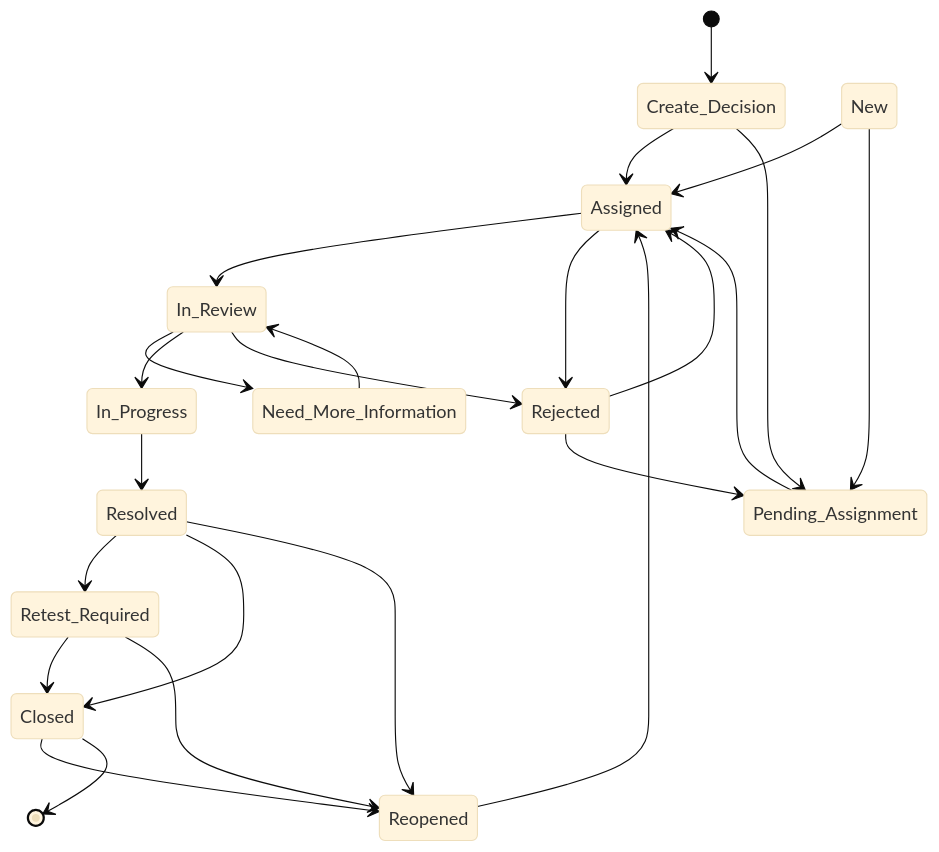
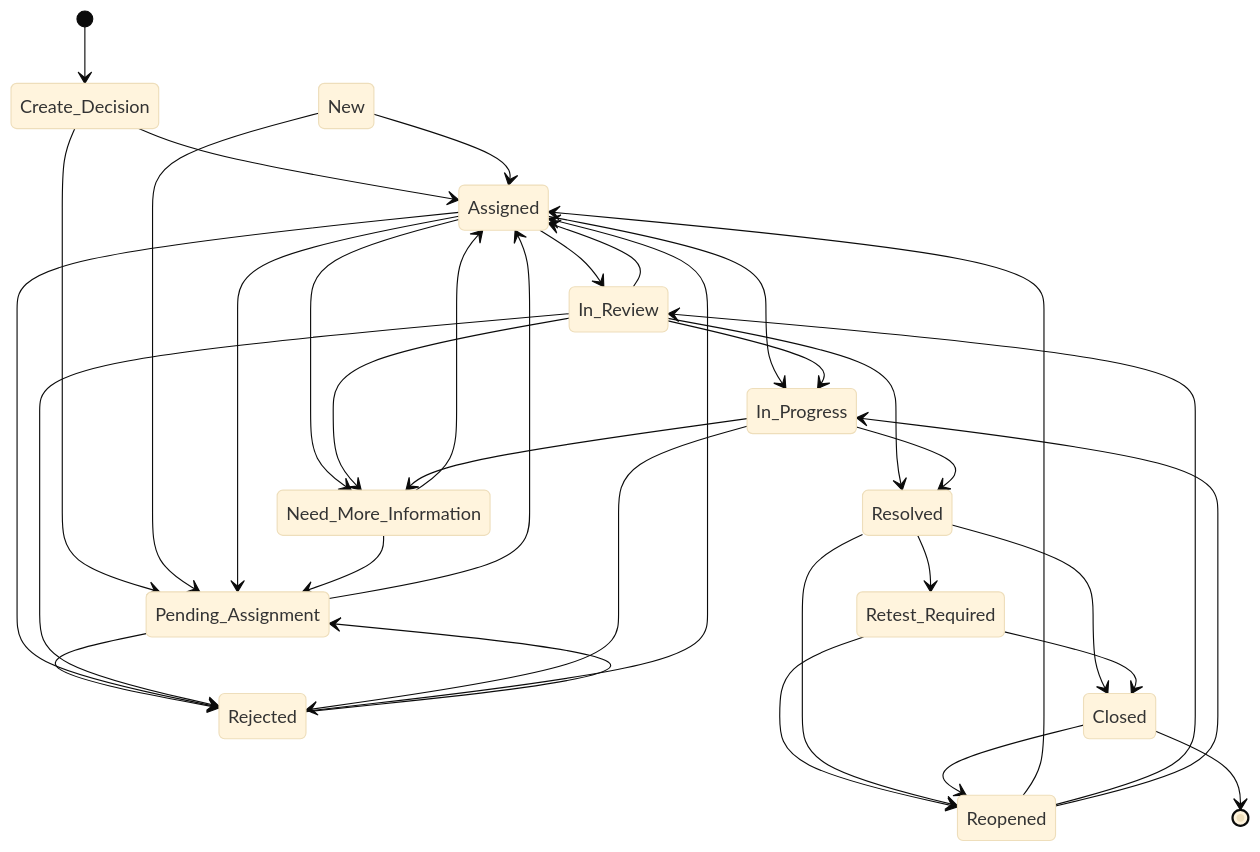
The third of 8 diagrams in docs/diagrams/08-frs-functional-workflows.md (DarwinDO/IDTS-SAP01), drawn with Mermaid (base theme) before and after one commit. The commit also changed other lines of this file and 124 other files, not shown here.

````diff
--- a/docs/diagrams/08-frs-functional-workflows.md
+++ b/docs/diagrams/08-frs-functional-workflows.md
@@ -65,26 +65,37 @@
 ```mermaid
 stateDiagram-v2
     [*] --> Create_Decision
     Create_Decision --> Assigned
     Create_Decision --> Pending_Assignment
     New --> Assigned
     New --> Pending_Assignment
     Pending_Assignment --> Assigned
+    Pending_Assignment --> Rejected
     Assigned --> In_Review
+    Assigned --> Need_More_Information
+    Assigned --> In_Progress
+    Assigned --> Pending_Assignment
     Assigned --> Rejected
     In_Review --> Need_More_Information
-    Need_More_Information --> In_Review
+    Need_More_Information --> Assigned
+    Need_More_Information --> Pending_Assignment
+    In_Review --> Assigned
     In_Review --> In_Progress
+    In_Review --> Resolved
     In_Review --> Rejected
+    In_Progress --> Need_More_Information
     In_Progress --> Resolved
+    In_Progress --> Rejected
     Resolved --> Retest_Required
     Resolved --> Closed
     Retest_Required --> Closed
     Retest_Required --> Reopened
     Resolved --> Reopened
     Closed --> Reopened
     Reopened --> Assigned
+    Reopened --> In_Review
+    Reopened --> In_Progress
     Rejected --> Assigned
     Rejected --> Pending_Assignment
     Closed --> [*]
 ```
````
